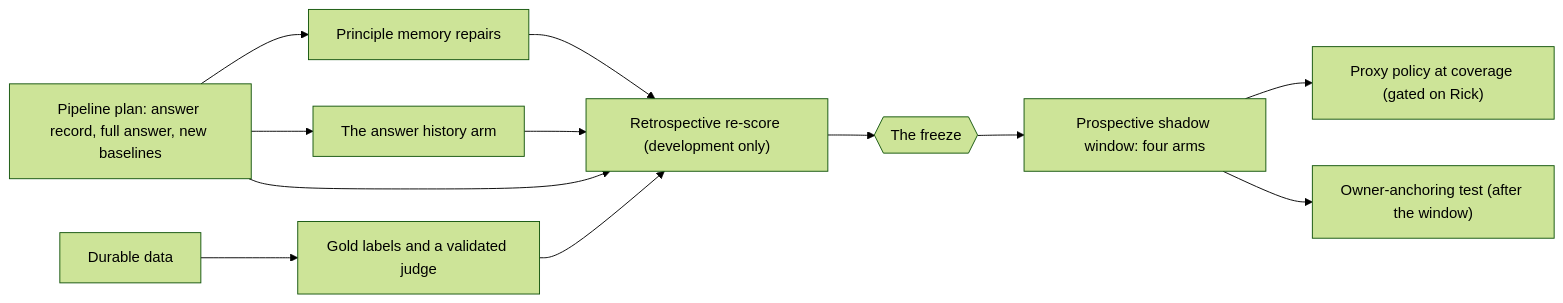
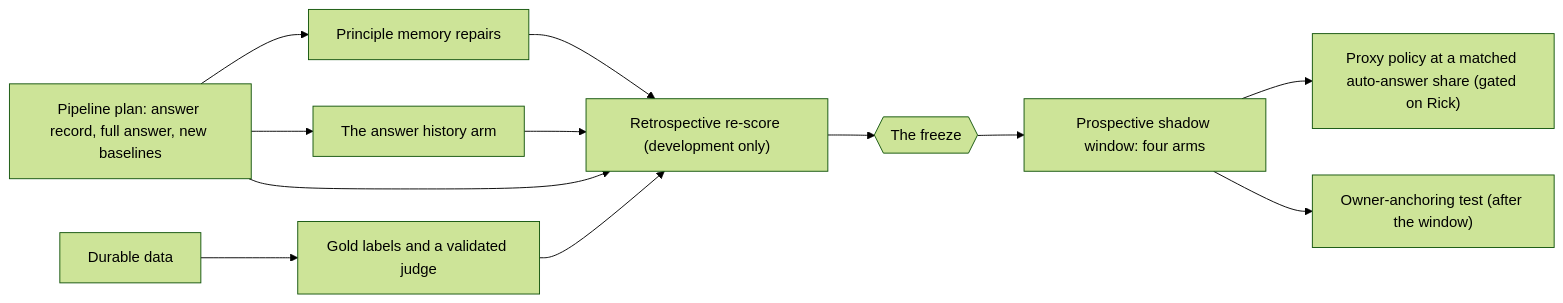
Before and after one commit to deepily/lupin: the diagram in src/rnd/v0.2.4/2026.11.17-principle-learner-research/2026.11.23-answer-signal-experiment-plan.md, drawn with Mermaid (forest theme). The commit also changed other lines of this file and 1 other file, not shown here.

````diff
--- a/src/rnd/v0.2.4/2026.11.17-principle-learner-research/2026.11.23-answer-signal-experiment-plan.md
+++ b/src/rnd/v0.2.4/2026.11.17-principle-learner-research/2026.11.23-answer-signal-experiment-plan.md
@@ -72,14 +72,14 @@
 ```mermaid
 flowchart LR
     D0["Durable data"] --> GL["Gold labels and a validated judge"]
     PP["Pipeline plan: answer record, full answer, new baselines"] --> PM["Principle memory repairs"]
     PP --> AH["The answer history arm"]
     AH --> RS["Retrospective re-score (development only)"]
     PP --> RS
     GL --> RS
     PM --> RS
     RS --> F{{"The freeze"}}
     F --> SW["Prospective shadow window: four arms"]
-    SW --> PX["Proxy policy at coverage (gated on Rick)"]
+    SW --> PX["Proxy policy at a matched auto-answer share (gated on Rick)"]
     SW --> AT["Owner-anchoring test (after the window)"]
 ```
````
